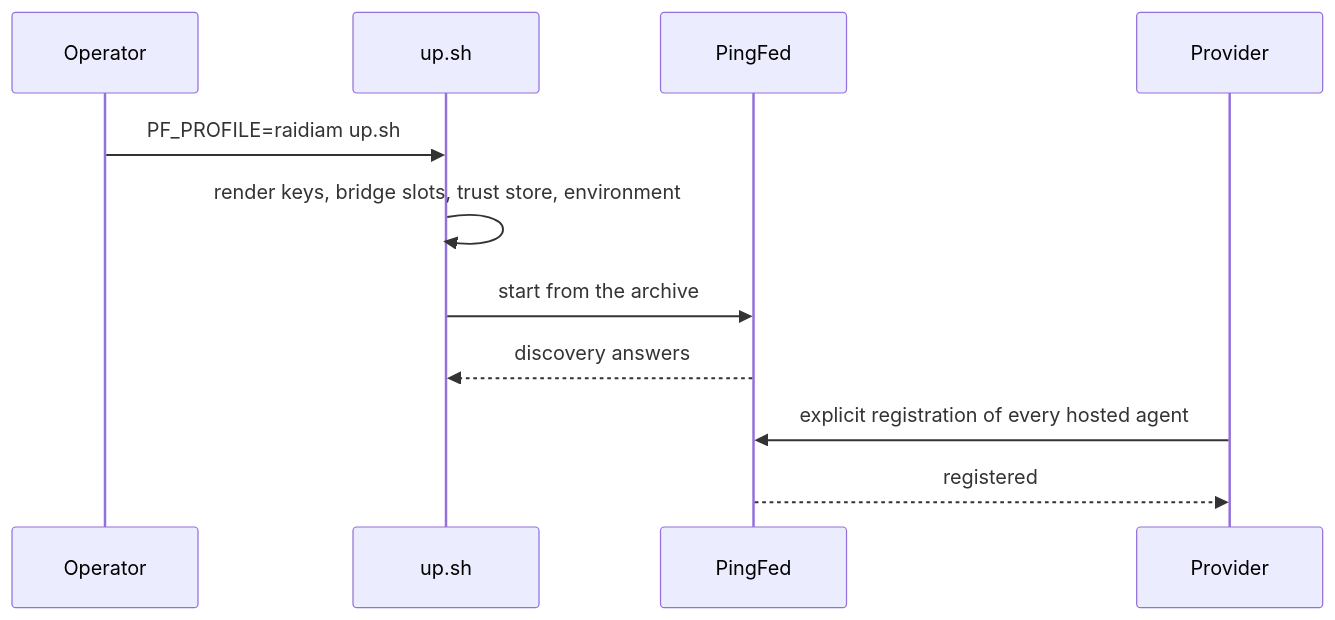
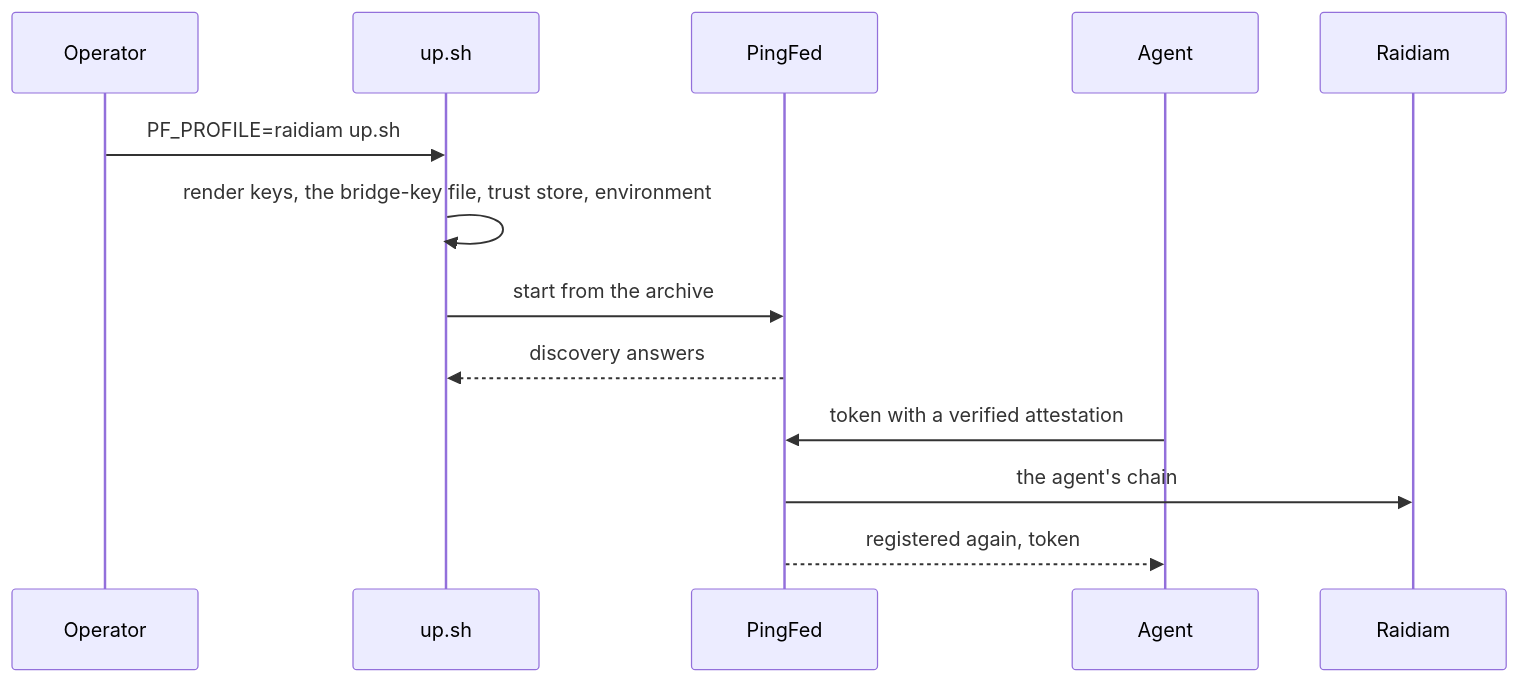
One commit to MC-IDPartners/pf-agentic-identity changed diagram 16 of 21 in demo/flows.md. Above: the diagram before and after it, drawn with Mermaid. The commit also changed other lines of this file and 8 other files, not shown here.

First line of the commit message:
docs: the rig without an agent provider

````diff
--- a/demo/flows.md
+++ b/demo/flows.md
@@ -431,13 +446,15 @@
 ```mermaid
 sequenceDiagram
     participant Op as Operator
     participant UP as up.sh
     participant PF as PingFed
-    participant PR as Provider
+    participant AG as Agent
+    participant RD as Raidiam
     Op->>UP: PF_PROFILE=raidiam up.sh
-    UP->>UP: render keys, bridge slots, trust store, environment
+    UP->>UP: render keys, the bridge-key file, trust store, environment
     UP->>PF: start from the archive
     PF-->>UP: discovery answers
-    PR->>PF: explicit registration of every hosted agent
-    PF-->>PR: registered
+    AG->>PF: token with a verified attestation
+    PF->>RD: the agent's chain
+    PF-->>AG: registered again, token
 ```
````
